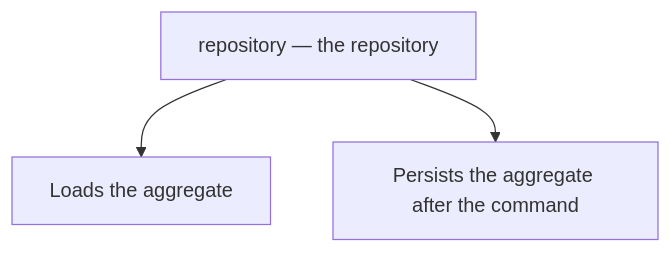
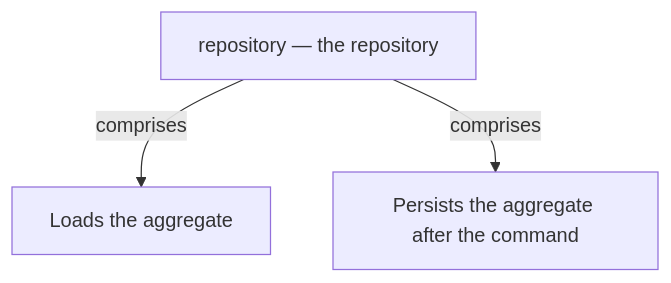
One commit to vinayakuber/microservices-io-study-guide changed the sixth of 13 diagrams in docs/ch16-aggregate.md. Above: the diagram before and after it, drawn with Mermaid. The commit also changed other lines of this file and 71 other files, not shown here.

First line of the commit message:
R18: label every diagram arrow with its meaning

````diff
--- a/docs/ch16-aggregate.md
+++ b/docs/ch16-aggregate.md
@@ -206,6 +206,6 @@
 ```mermaid
 flowchart TD
   R["repository — the repository"]
-  R --> P0["Loads the aggregate"]
-  R --> P1["Persists the aggregate after the command"]
+  R -->|"comprises"| P0["Loads the aggregate"]
+  R -->|"comprises"| P1["Persists the aggregate after the command"]
 ```
````
